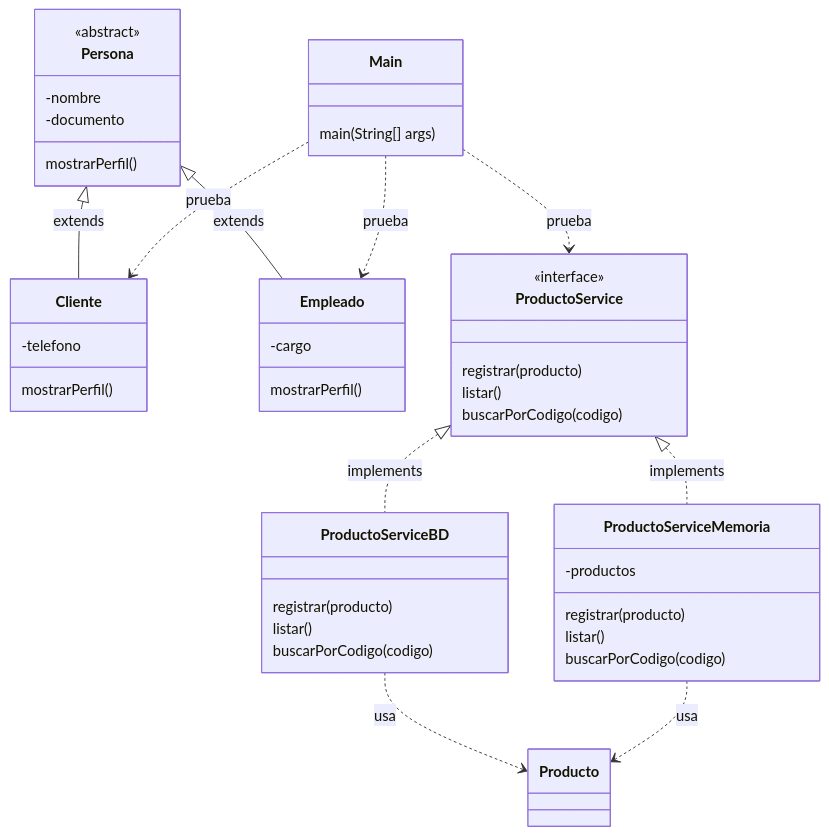
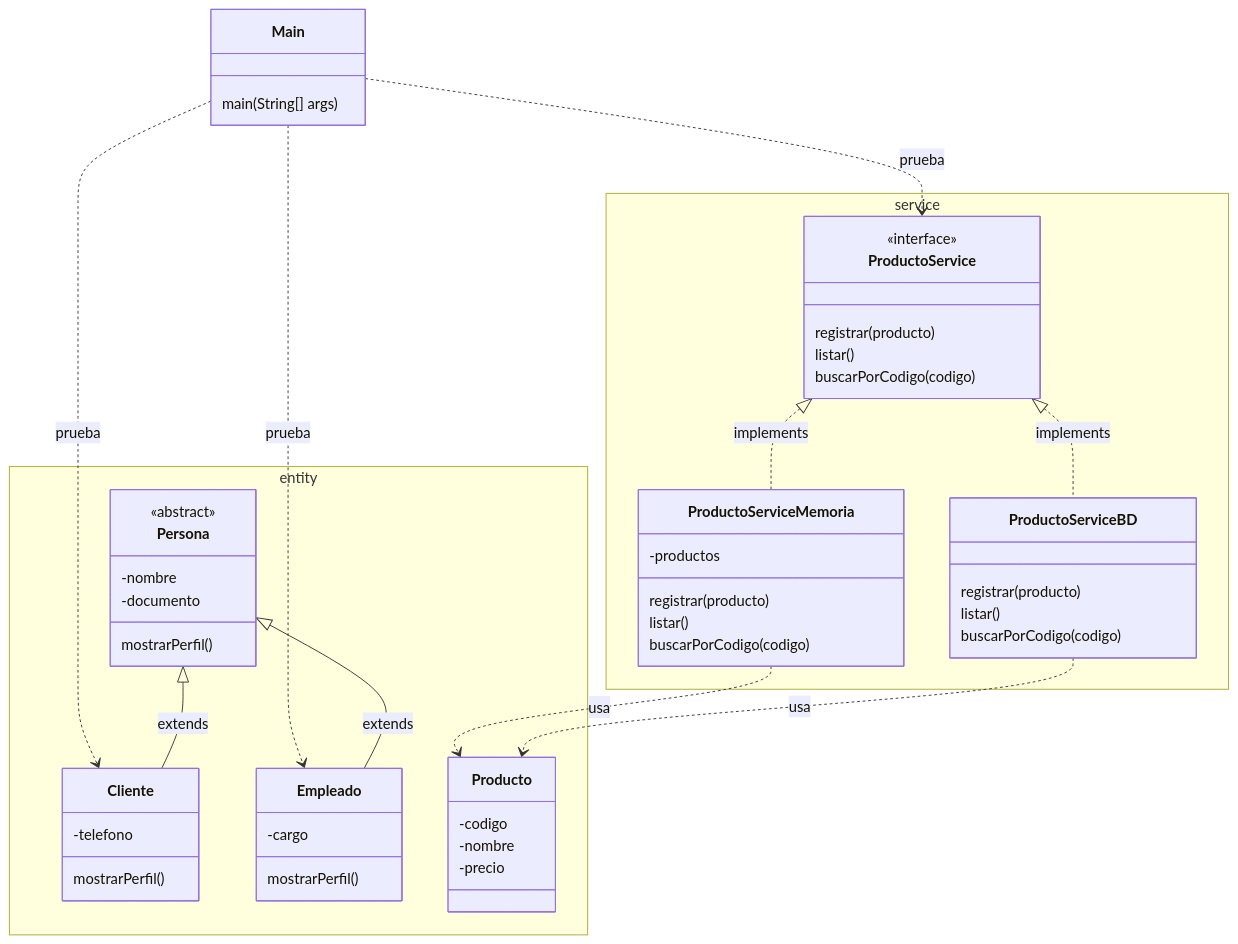
The diagram in docs/S04_Herencia_Polimorfismo.md (262poo/comarket), drawn with Mermaid before and after one commit.

````diff
--- a/docs/S04_Herencia_Polimorfismo.md
+++ b/docs/S04_Herencia_Polimorfismo.md
@@ -67,49 +67,58 @@
 ```mermaid
 classDiagram
     class Main {
         main(String[] args)
     }
 
-    class Persona {
-        <<abstract>>
-        -nombre
-        -documento
-        mostrarPerfil()
-    }
-    class Cliente {
-        -telefono
-        mostrarPerfil()
-    }
-    class Empleado {
-        -cargo
-        mostrarPerfil()
+    namespace entity {
+        class Persona {
+            <<abstract>>
+            -nombre
+            -documento
+            mostrarPerfil()
+        }
+        class Cliente {
+            -telefono
+            mostrarPerfil()
+        }
+        class Empleado {
+            -cargo
+            mostrarPerfil()
+        }
+        class Producto {
+            -codigo
+            -nombre
+            -precio
+        }
     }
 
-    class ProductoService {
-        <<interface>>
-        registrar(producto)
-        listar()
-        buscarPorCodigo(codigo)
-    }
-    class ProductoServiceMemoria {
-        -productos
-        registrar(producto)
-        listar()
-        buscarPorCodigo(codigo)
-    }
-    class ProductoServiceBD {
-        registrar(producto)
-        listar()
-        buscarPorCodigo(codigo)
+    namespace service {
+        class ProductoService {
+            <<interface>>
+            registrar(producto)
+            listar()
+            buscarPorCodigo(codigo)
+        }
+        class ProductoServiceMemoria {
+            -productos
+            registrar(producto)
+            listar()
+            buscarPorCodigo(codigo)
+        }
+        class ProductoServiceBD {
+            registrar(producto)
+            listar()
+            buscarPorCodigo(codigo)
+        }
     }
 
     Main ..> Cliente : prueba
     Main ..> Empleado : prueba
     Main ..> ProductoService : prueba
     Persona <|-- Cliente : extends
     Persona <|-- Empleado : extends
     ProductoService <|.. ProductoServiceMemoria : implements
     ProductoService <|.. ProductoServiceBD : implements
     ProductoServiceMemoria ..> Producto : usa
     ProductoServiceBD ..> Producto : usa
 ```
````
